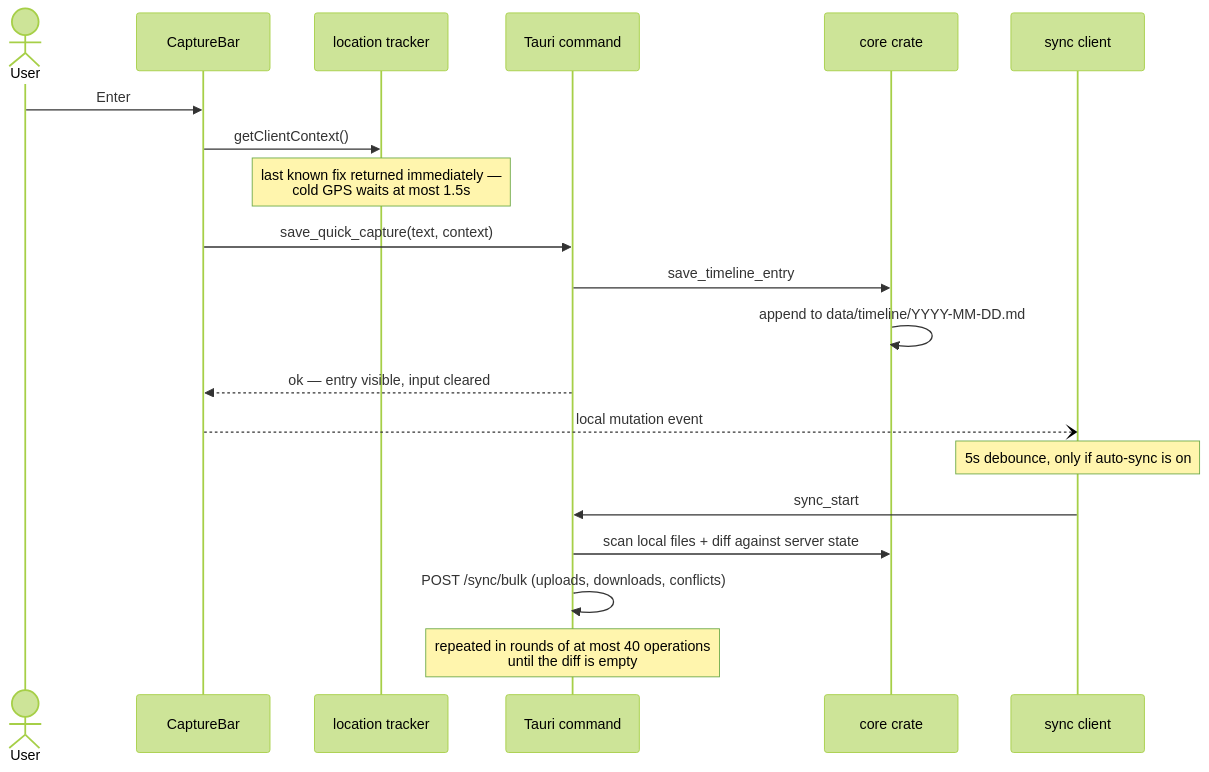
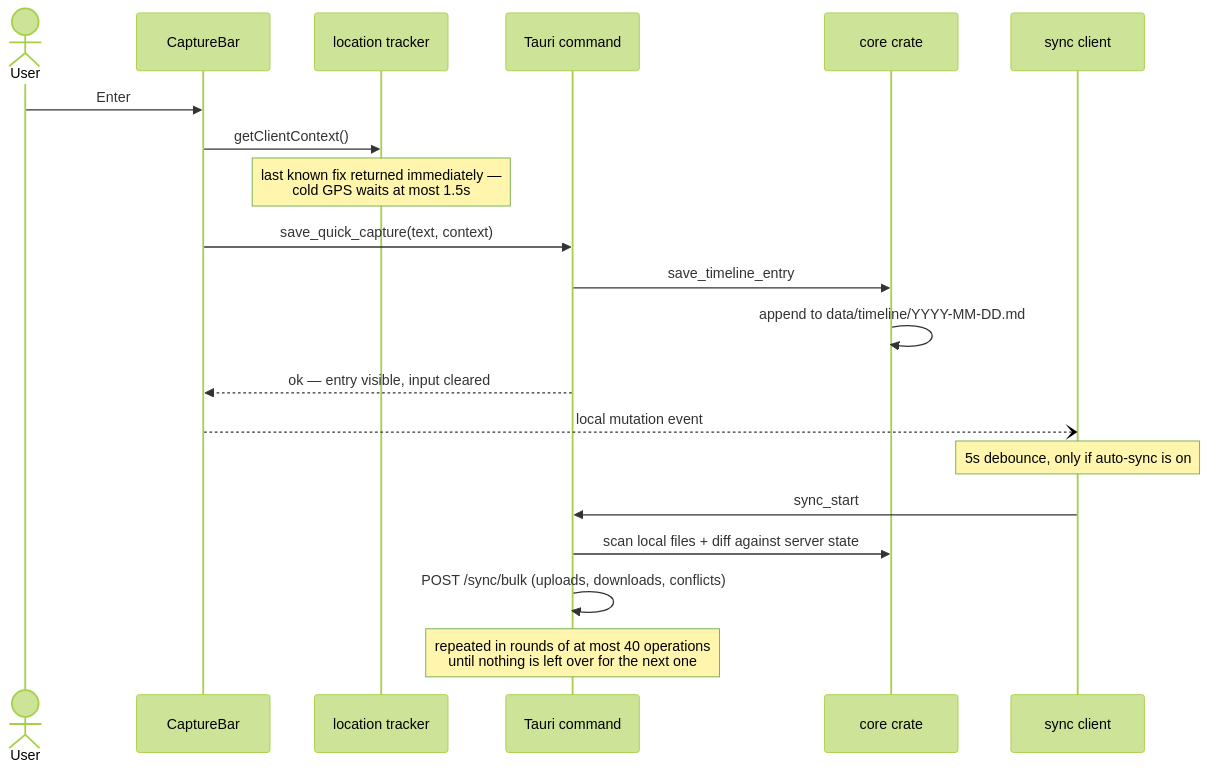
Before and after one commit to Xantibody/magical-merchant: the third of 3 diagrams in docs/introduction.md, drawn with Mermaid (forest theme). The commit also changed 2 other files, not shown here.

Commit message:
docs(sync): separate round selection from execution, and progress from sends
Three claims read further than the code goes.

The rank order in take_round decides which actions fit the budget, not the
sequence they run in: the Worker awaits uploads, downloads, conflicts and
deletions in one Promise.all. Stated as an execution order it promised a
remote edit would land before a local push inside the same round, which
nothing enforces.

A round ends the sync when nothing was deferred, which is not the same as
the diff being empty — a download that arrives and fails to write leaves
its difference in place and still reports nothing left over. Both the
prose and the sequence diagram now say "nothing left over".

RoundProgress counts the same way: done is actions that settled, including
local deletions the bulk never carries, and it excludes a file that was
sent but not written. features.md called the pair sent and left.

Reported by Codex on #240.

````diff
--- a/docs/introduction.md
+++ b/docs/introduction.md
@@ -120,23 +120,23 @@
 ```mermaid
 sequenceDiagram
     actor User
     participant UI as CaptureBar
     participant Ctx as location tracker
     participant Rust as Tauri command
     participant Core as core crate
     participant Sync as sync client
 
     User->>UI: Enter
     UI->>Ctx: getClientContext()
     Note over Ctx: last known fix returned immediately —<br/>cold GPS waits at most 1.5s
     UI->>Rust: save_quick_capture(text, context)
     Rust->>Core: save_timeline_entry
     Core->>Core: append to data/timeline/YYYY-MM-DD.md
     Rust-->>UI: ok — entry visible, input cleared
     UI--)Sync: local mutation event
     Note over Sync: 5s debounce, only if auto-sync is on
     Sync->>Rust: sync_start
     Rust->>Core: scan local files + diff against server state
     Rust->>Rust: POST /sync/bulk (uploads, downloads, conflicts)
-    Note over Rust: repeated in rounds of at most 40 operations<br/>until the diff is empty
+    Note over Rust: repeated in rounds of at most 40 operations<br/>until nothing is left over for the next one
 ```
````
